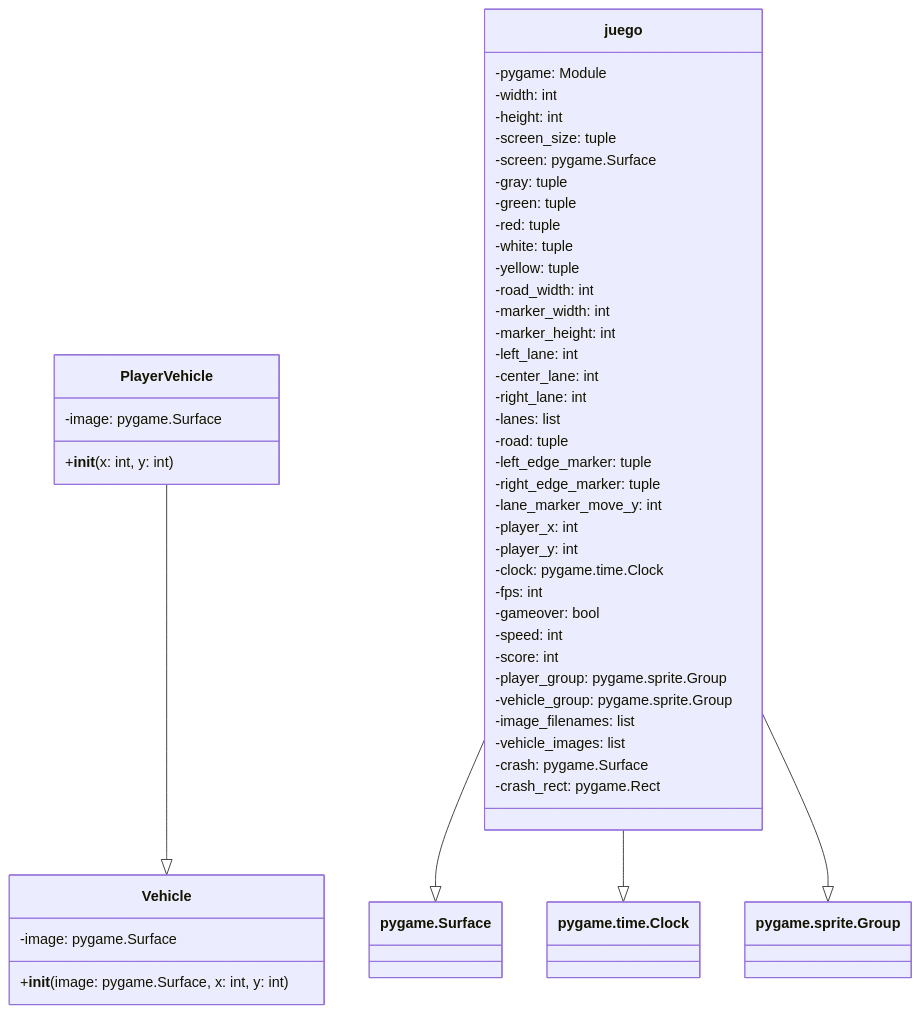
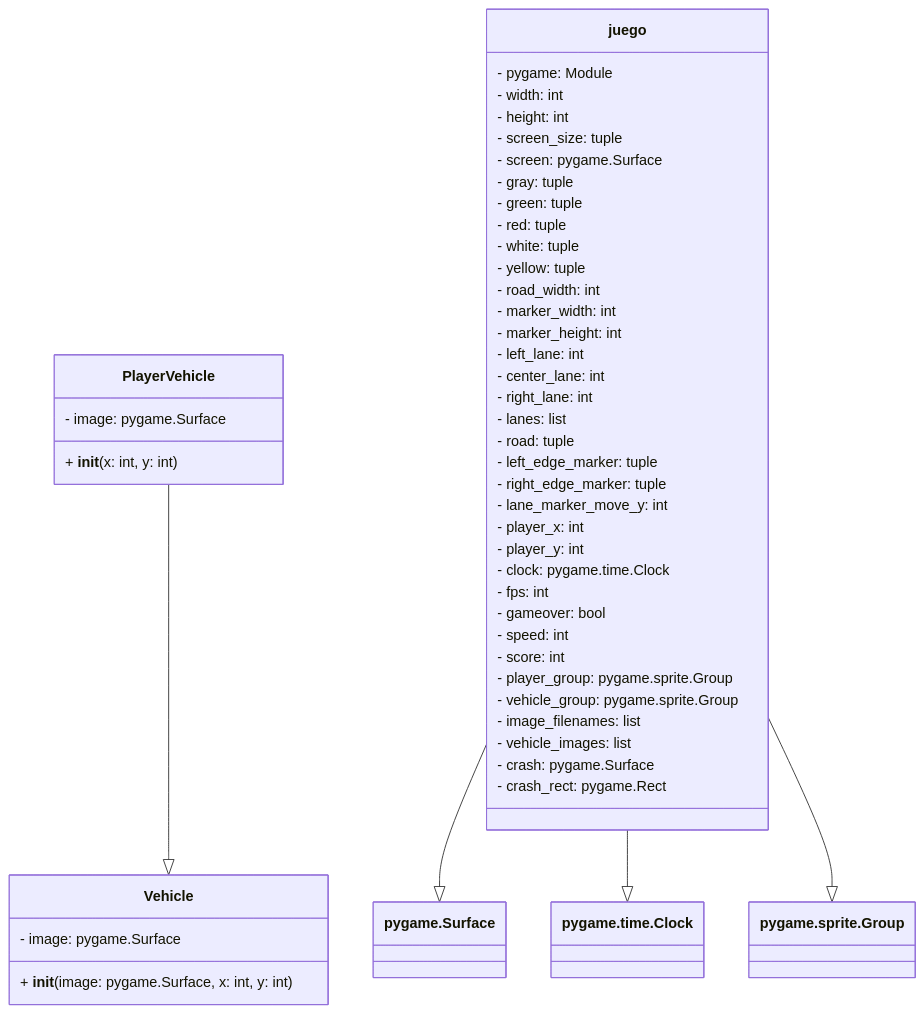
Before and after one commit to jony24a/python-car-game-main: the second of 4 diagrams in README.md, drawn with Mermaid.

````diff
--- a/README.md
+++ b/README.md
@@ -33,55 +33,52 @@
 ```mermaid
-
 classDiagram
     class PlayerVehicle {
-        -image: pygame.Surface
-        +__init__(x: int, y: int)
+        - image: pygame.Surface
+        + __init__(x: int, y: int)
     }
     class Vehicle {
-        -image: pygame.Surface
-        +__init__(image: pygame.Surface, x: int, y: int)
+        - image: pygame.Surface
+        + __init__(image: pygame.Surface, x: int, y: int)
     }
     class juego {
-        -pygame: Module
-        -width: int
-        -height: int
-        -screen_size: tuple
-        -screen: pygame.Surface
-        -gray: tuple
-        -green: tuple
-        -red: tuple
-        -white: tuple
-        -yellow: tuple
-        -road_width: int
-        -marker_width: int
-        -marker_height: int
-        -left_lane: int
-        -center_lane: int
-        -right_lane: int
-        -lanes: list
-        -road: tuple
-        -left_edge_marker: tuple
-        -right_edge_marker: tuple
-        -lane_marker_move_y: int
-        -player_x: int
-        -player_y: int
-        -clock: pygame.time.Clock
-        -fps: int
-        -gameover: bool
-        -speed: int
-        -score: int
-        -player_group: pygame.sprite.Group
-        -vehicle_group: pygame.sprite.Group
-        -image_filenames: list
-        -vehicle_images: list
-        -crash: pygame.Surface
-        -crash_rect: pygame.Rect
+        - pygame: Module
+        - width: int
+        - height: int
+        - screen_size: tuple
+        - screen: pygame.Surface
+        - gray: tuple
+        - green: tuple
+        - red: tuple
+        - white: tuple
+        - yellow: tuple
+        - road_width: int
+        - marker_width: int
+        - marker_height: int
+        - left_lane: int
+        - center_lane: int
+        - right_lane: int
+        - lanes: list
+        - road: tuple
+        - left_edge_marker: tuple
+        - right_edge_marker: tuple
+        - lane_marker_move_y: int
+        - player_x: int
+        - player_y: int
+        - clock: pygame.time.Clock
+        - fps: int
+        - gameover: bool
+        - speed: int
+        - score: int
+        - player_group: pygame.sprite.Group
+        - vehicle_group: pygame.sprite.Group
+        - image_filenames: list
+        - vehicle_images: list
+        - crash: pygame.Surface
+        - crash_rect: pygame.Rect
     }
-    
+
     PlayerVehicle --|> Vehicle
     juego --|> pygame.Surface
     juego --|> pygame.time.Clock
     juego --|> pygame.sprite.Group
-
-
 ```
````
